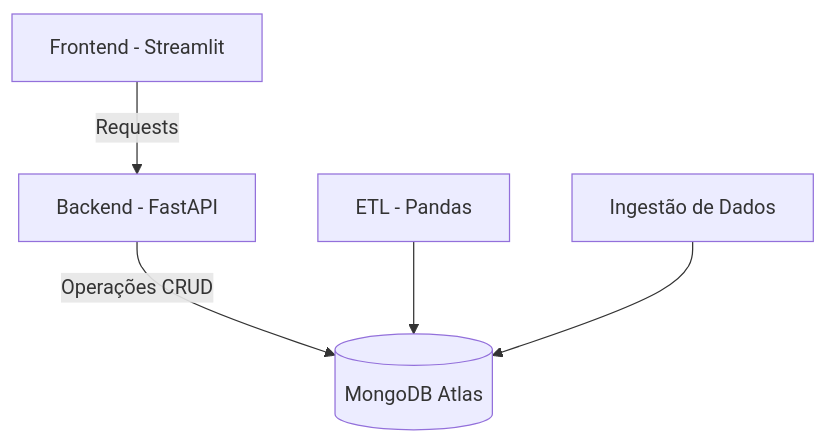
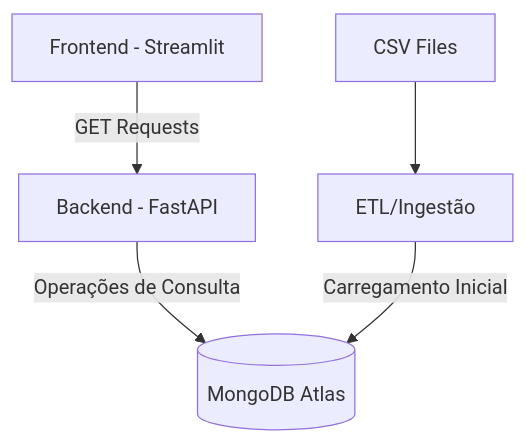
The diagram in README.md (PedroAugusto-sys/bigdata), drawn with Mermaid before and after one commit.

````diff
--- a/README.md
+++ b/README.md
@@ -34,7 +34,7 @@
 ```mermaid
 graph TD
-    A[Frontend - Streamlit] -->|Requests| B[Backend - FastAPI]
-    B -->|Operações CRUD| C[(MongoDB Atlas)]
-    D[ETL - Pandas] --> C
-    E[Ingestão de Dados] --> C
+    A[Frontend - Streamlit] -->|GET Requests| B[Backend - FastAPI]
+    B -->|Operações de Consulta| C[(MongoDB Atlas)]
+    D[ETL/Ingestão] -->|Carregamento Inicial| C
+    E[CSV Files] --> D
 ```
````
